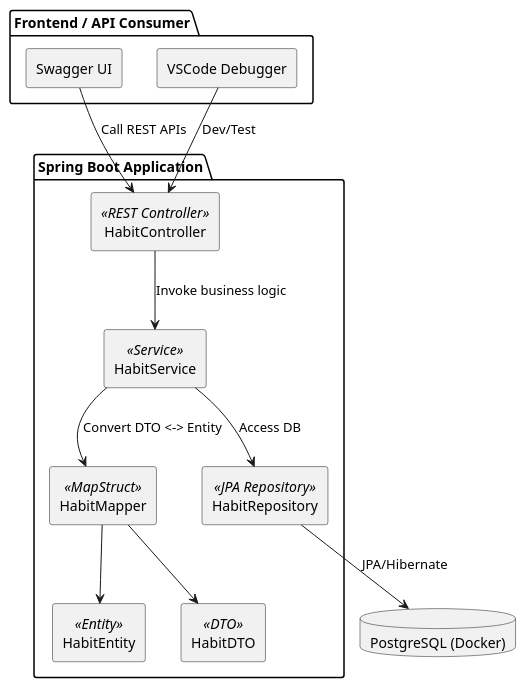
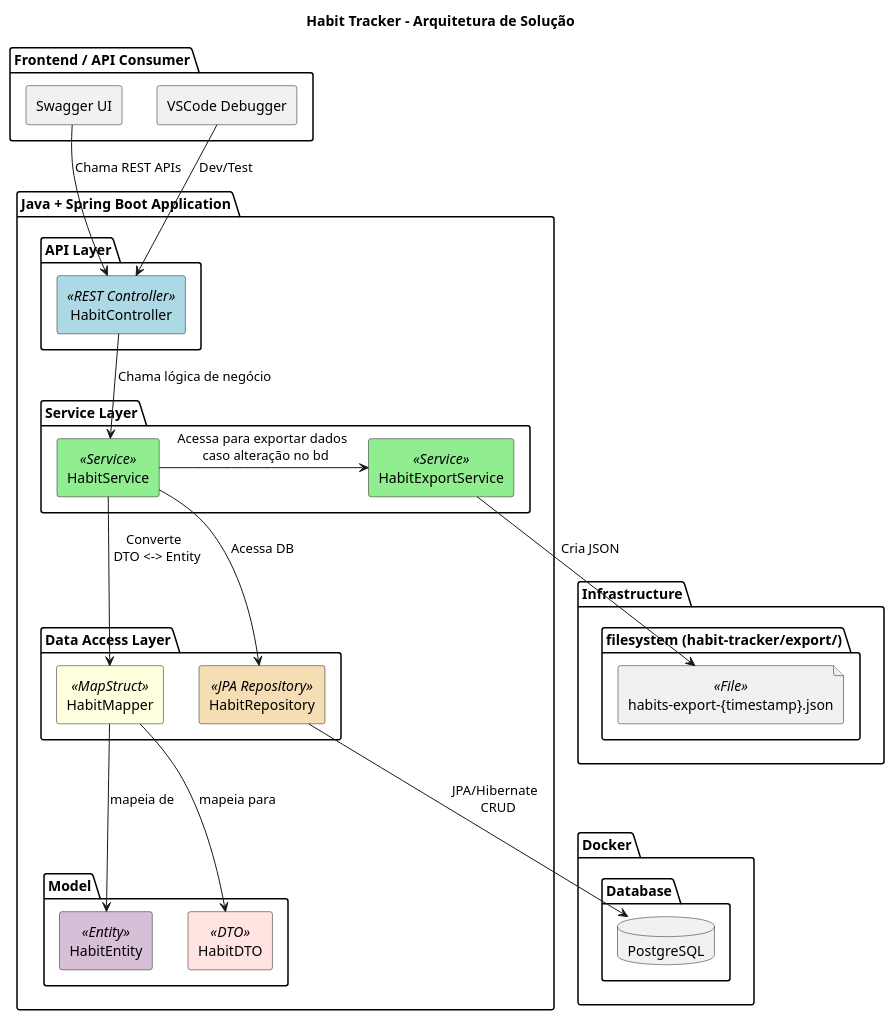
One commit to GuimaraesGus/habit-tracker changed the diagram in docs/architecture.puml. Above: the diagram before and after it, drawn with PlantUML. The commit also changed 12 other files, not shown here.

```diff
--- a/docs/architecture.puml
+++ b/docs/architecture.puml
@@ -1,32 +1,65 @@
 @startuml HabitTrackerArchitecture
 
-skinparam componentStyle rectangle
+title Habit Tracker - Arquitetura de Solução
+
+skinparam rectangle {
+  BackgroundColor<<REST Controller>> LightBlue
+  BackgroundColor<<Service>> LightGreen
+  BackgroundColor<<JPA Repository>> Wheat
+  BackgroundColor<<MapStruct>> LightYellow
+  BackgroundColor<<DTO>> MistyRose
+  BackgroundColor<<Entity>> Thistle
+}
 
 package "Frontend / API Consumer" {
-    [Swagger UI] 
-    [VSCode Debugger]
+    rectangle "Swagger UI" 
+    rectangle "VSCode Debugger"
 }
 
-package "Spring Boot Application" {
-    [HabitController] <<REST Controller>>
-    [HabitService] <<Service>>
-    [HabitMapper] <<MapStruct>>
-    [HabitRepository] <<JPA Repository>>
-    [HabitEntity] <<Entity>>
-    [HabitDTO] <<DTO>>
+package "Java + Spring Boot Application" {
+    package "API Layer" {
+        rectangle "HabitController" <<REST Controller>>
+    }
+
+    package "Service Layer" {
+        rectangle "HabitService" <<Service>>
+        rectangle "HabitExportService" <<Service>>
+    }
+
+    package "Data Access Layer" {
+        rectangle "HabitMapper" <<MapStruct>>
+        rectangle "HabitRepository" <<JPA Repository>>
+    }
+
+    package "Model" {
+        rectangle "HabitEntity" <<Entity>>
+        rectangle "HabitDTO" <<DTO>>
+    }
 }
 
-database "PostgreSQL (Docker)" as db
+package "Infrastructure" {
+    folder "filesystem (habit-tracker/export/)" {
+        file "habits-export-{timestamp}.json" <<File>>
+    }
+}
 
-[Swagger UI] --> [HabitController] : Call REST APIs
+package "Docker" {
+    package "Database" {
+        database "PostgreSQL" as db
+    }
+}
+
+[Swagger UI] --> [HabitController] : Chama REST APIs
 [VSCode Debugger] --> [HabitController] : Dev/Test
 
-[HabitController] --> [HabitService] : Invoke business logic
-[HabitService] --> [HabitRepository] : Access DB
-[HabitService] --> [HabitMapper] : Convert DTO <-> Entity
+[HabitController] --> [HabitService] : Chama lógica de negócio
+[HabitService] --> [HabitRepository] : Acessa DB
+[HabitService] --> [HabitMapper] : Converte \n DTO <-> Entity
+[HabitService] -> [HabitExportService] : Acessa para exportar dados \n caso alteração no bd
+[HabitExportService] --> "habits-export-{timestamp}.json" : Cria JSON
 
-[HabitRepository] --> db : JPA/Hibernate
-[HabitMapper] --> [HabitDTO]
-[HabitMapper] --> [HabitEntity]
+[HabitRepository] --> db : JPA/Hibernate \n CRUD
+[HabitMapper] --> [HabitDTO] : mapeia para
+[HabitMapper] --> [HabitEntity] : mapeia de
 
 @enduml
```
